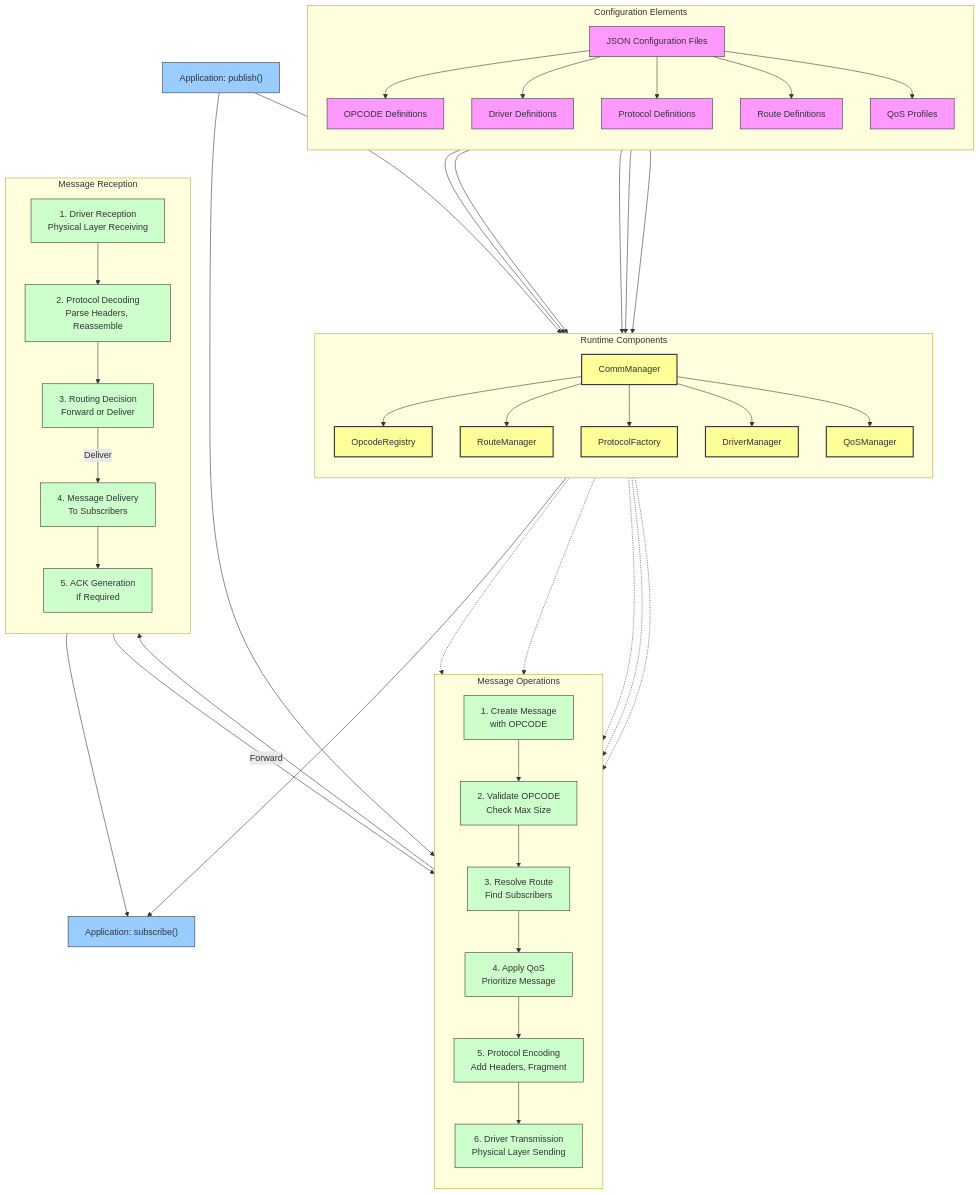
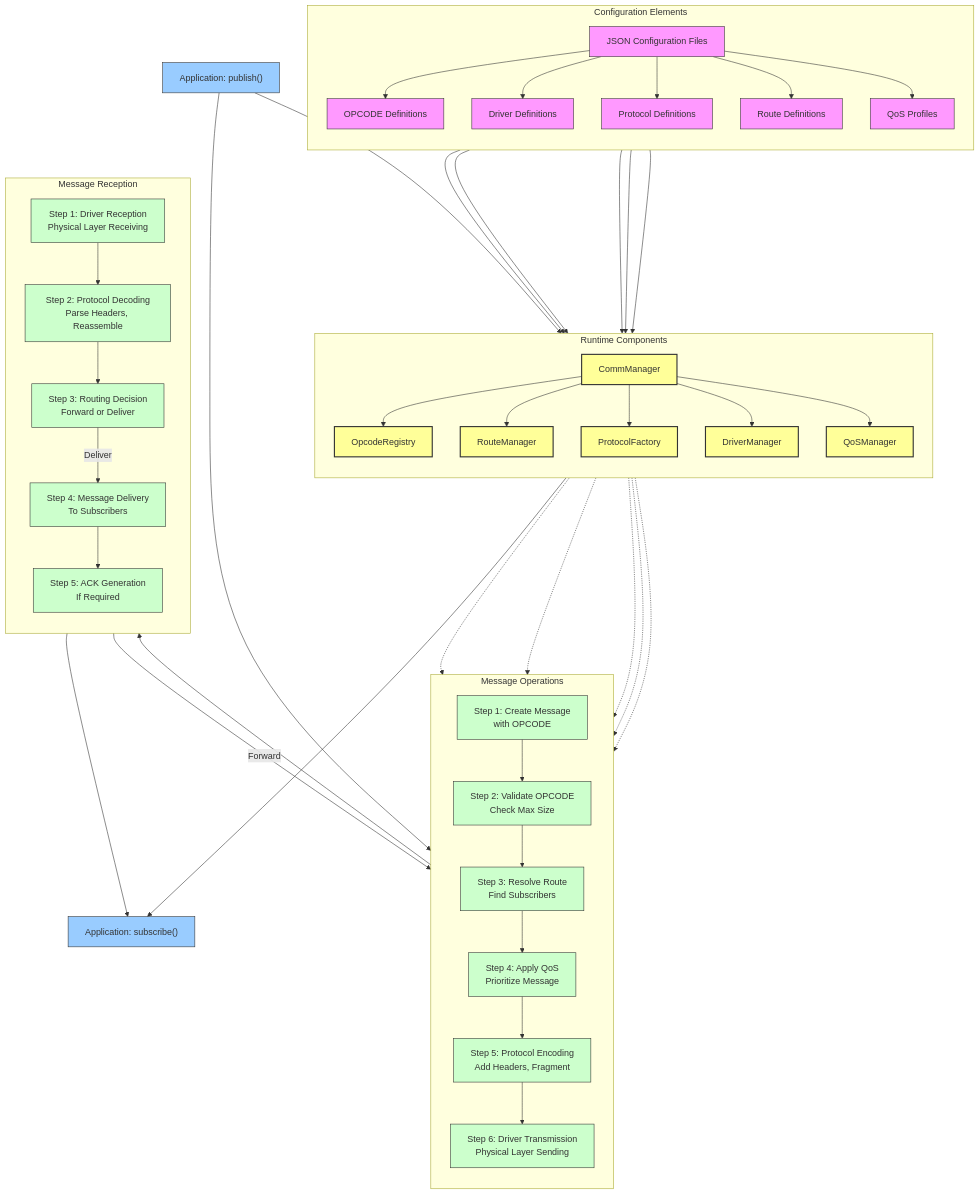
The first of 5 diagrams in docs/6-opcode-messaging-system-visualization.md (maxim-pain/opcode-messaging-system), drawn with Mermaid before and after one commit. The commit also changed other lines of this file, not shown here.

First line of the commit message:
Update 6-opcode-messaging-system-visualization.md

````diff
--- a/docs/6-opcode-messaging-system-visualization.md
+++ b/docs/6-opcode-messaging-system-visualization.md
@@ -59,12 +59,12 @@
     %% Extended Flow with Message Operations
     subgraph MessageOps["Message Operations"]
         direction TB
-        MSG_CREATE["1. Create Message<br/>with OPCODE"]
-        OPCODE_VAL["2. Validate OPCODE<br/>Check Max Size"]
-        ROUTE_RES["3. Resolve Route<br/>Find Subscribers"]
-        QOS_APPLY["4. Apply QoS<br/>Prioritize Message"]
-        PROTO_ENC["5. Protocol Encoding<br/>Add Headers, Fragment"]
-        DRIVER_TX["6. Driver Transmission<br/>Physical Layer Sending"]
+        MSG_CREATE["Step 1: Create Message<br/>with OPCODE"]
+        OPCODE_VAL["Step 2: Validate OPCODE<br/>Check Max Size"]
+        ROUTE_RES["Step 3: Resolve Route<br/>Find Subscribers"]
+        QOS_APPLY["Step 4: Apply QoS<br/>Prioritize Message"]
+        PROTO_ENC["Step 5: Protocol Encoding<br/>Add Headers, Fragment"]
+        DRIVER_TX["Step 6: Driver Transmission<br/>Physical Layer Sending"]
 
         MSG_CREATE --> OPCODE_VAL
         OPCODE_VAL --> ROUTE_RES
@@ -85,11 +85,11 @@
     %% Message Reception Flow
     subgraph MessageRec["Message Reception"]
         direction TB
-        DRV_RX["1. Driver Reception<br/>Physical Layer Receiving"]
-        PROTO_DEC["2. Protocol Decoding<br/>Parse Headers, Reassemble"]
-        ROUTE_FWD["3. Routing Decision<br/>Forward or Deliver"]
-        MSG_DLVR["4. Message Delivery<br/>To Subscribers"]
-        ACK_GEN["5. ACK Generation<br/>If Required"]
+        DRV_RX["Step 1: Driver Reception<br/>Physical Layer Receiving"]
+        PROTO_DEC["Step 2: Protocol Decoding<br/>Parse Headers, Reassemble"]
+        ROUTE_FWD["Step 3: Routing Decision<br/>Forward or Deliver"]
+        MSG_DLVR["Step 4: Message Delivery<br/>To Subscribers"]
+        ACK_GEN["Step 5: ACK Generation<br/>If Required"]
 
         DRV_RX --> PROTO_DEC
         PROTO_DEC --> ROUTE_FWD
@@ -107,8 +107,29 @@
     classDef app fill:#9cf,stroke:#333,stroke-width:1px
     classDef operation fill:#cfc,stroke:#333,stroke-width:1px
 
-    class CONFIG_FILE,OPCODE_DEF,DRIVER_DEF,PROTOCOL_DEF,ROUTE_DEF,QOS_DEF config
-    class CM,OPREG,ROUTE_MGR,PROTO_FACT,DRV_MGR,QOS_MGR runtime
-    class APP_PUB,APP_SUB app
-    class MSG_CREATE,OPCODE_VAL,ROUTE_RES,QOS_APPLY,PROTO_ENC,DRIVER_TX,DRV_RX,PROTO_DEC,ROUTE_FWD,MSG_DLVR,ACK_GEN operation
+    class CONFIG_FILE config
+    class OPCODE_DEF config
+    class DRIVER_DEF config
+    class PROTOCOL_DEF config
+    class ROUTE_DEF config
+    class QOS_DEF config
+    class CM runtime
+    class OPREG runtime
+    class ROUTE_MGR runtime
+    class PROTO_FACT runtime
+    class DRV_MGR runtime
+    class QOS_MGR runtime
+    class APP_PUB app
+    class APP_SUB app
+    class MSG_CREATE operation
+    class OPCODE_VAL operation
+    class ROUTE_RES operation
+    class QOS_APPLY operation
+    class PROTO_ENC operation
+    class DRIVER_TX operation
+    class DRV_RX operation
+    class PROTO_DEC operation
+    class ROUTE_FWD operation
+    class MSG_DLVR operation
+    class ACK_GEN operation
 ```
````
